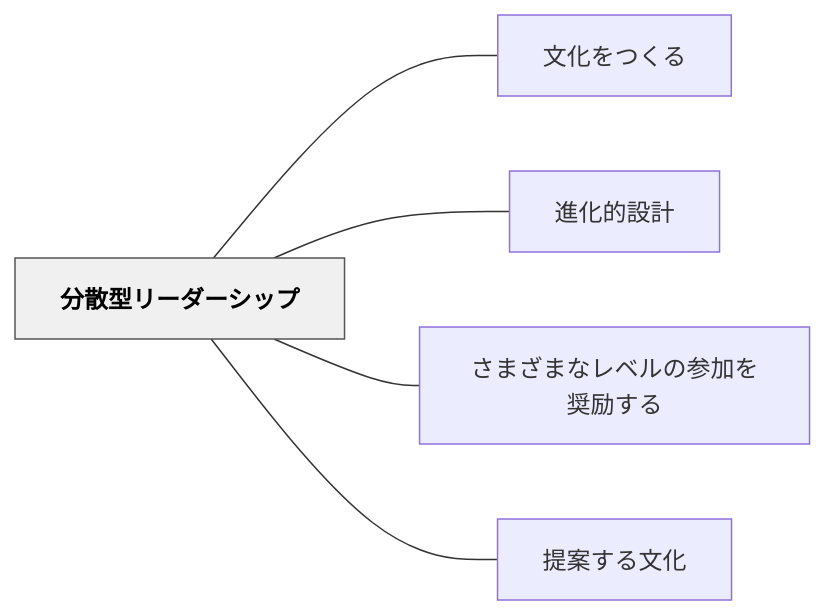
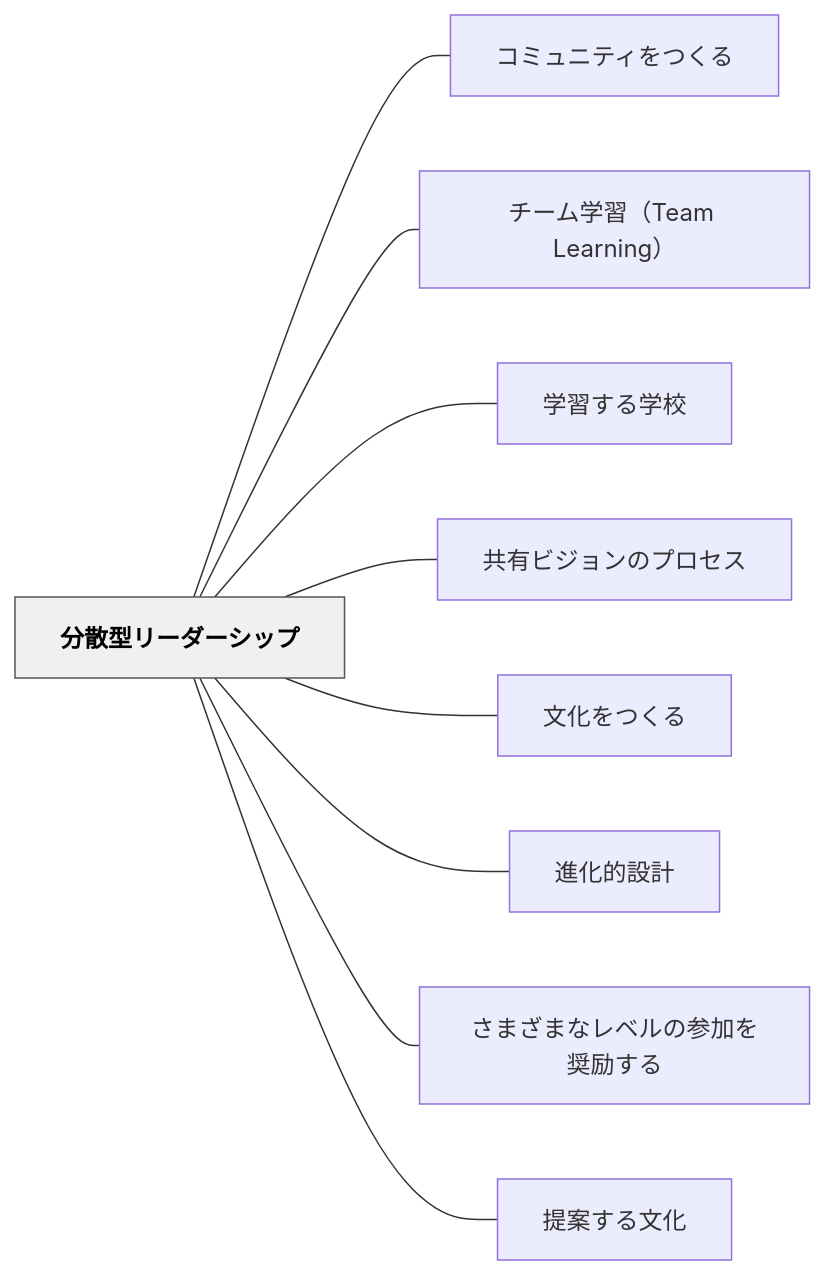
The diagram in content/パタン/分散型リーダーシップ.md (unknownthings-ed-patterns/unknownthings-ed-patterns), drawn with Mermaid before and after one commit. The commit also changed other lines of this file and 473 other files, not shown here.

````diff
--- a/content/パタン/分散型リーダーシップ.md
+++ b/content/パタン/分散型リーダーシップ.md
@@ -54,16 +58,24 @@
 ```mermaid
 flowchart LR
     ne58886e695a3["分散型リーダーシップ"]
+    ne382b3e3839f["コミュニティをつくる"]
+    ne38381e383bc["チーム学習（Team Learning）"]
+    ne5ada6e7bf92["学習する学校"]
+    ne585b1e69c89["共有ビジョンのプロセス"]
     ne69687e58c96["文化をつくる"]
     ne980b2e58c96["進化的設計"]
     ne38195e381be["さまざまなレベルの参加を奨励する"]
     ne68f90e6a188["提案する文化"]
 
+    ne58886e695a3 --- ne382b3e3839f
+    ne58886e695a3 --- ne38381e383bc
+    ne58886e695a3 --- ne5ada6e7bf92
+    ne58886e695a3 --- ne585b1e69c89
     ne58886e695a3 --- ne69687e58c96
     ne58886e695a3 --- ne980b2e58c96
     ne58886e695a3 --- ne38195e381be
     ne58886e695a3 --- ne68f90e6a188
 
     classDef hub fill:#f0f0f0,stroke:#555,color:#000,font-weight:bold
     class ne58886e695a3 hub
 ```
````
